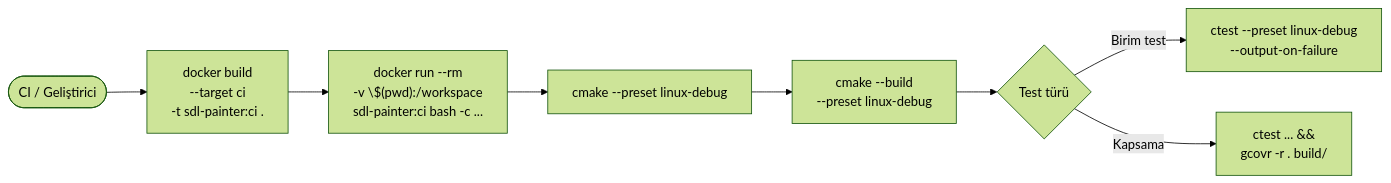
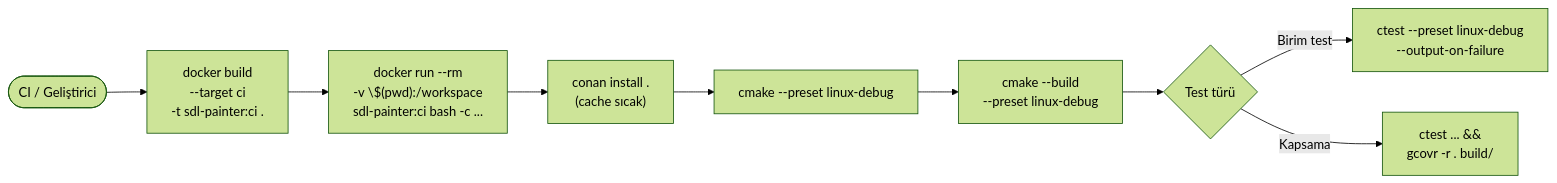
One commit to yazilimperver/sdl-painter changed the third of 6 diagrams in doc/docker.md. Above: the diagram before and after it, drawn with Mermaid (forest theme). The commit also changed other lines of this file and 24 other files, not shown here.

````diff
--- a/doc/docker.md
+++ b/doc/docker.md
@@ -59,12 +69,13 @@
 ```mermaid
 flowchart LR
     A([CI / Geliştirici]) --> B["docker build\n--target ci\n-t sdl-painter:ci ."]
     B --> C["docker run --rm\n-v \$(pwd):/workspace\nsdl-painter:ci bash -c ..."]
 
-    C --> D["cmake --preset linux-debug"]
-    D --> E["cmake --build\n--preset linux-debug"]
-    E --> F{"Test türü"}
+    C --> D["conan install .\n(cache sıcak)"]
+    D --> E["cmake --preset linux-debug"]
+    E --> F["cmake --build\n--preset linux-debug"]
+    F --> G{"Test türü"}
 
-    F -->|Birim test| G["ctest --preset linux-debug\n--output-on-failure"]
-    F -->|Kapsama| H["ctest ... &&\ngcovr -r . build/"]
+    G -->|Birim test| H["ctest --preset linux-debug\n--output-on-failure"]
+    G -->|Kapsama| I["ctest ... &&\ngcovr -r . build/"]
 ```
````
